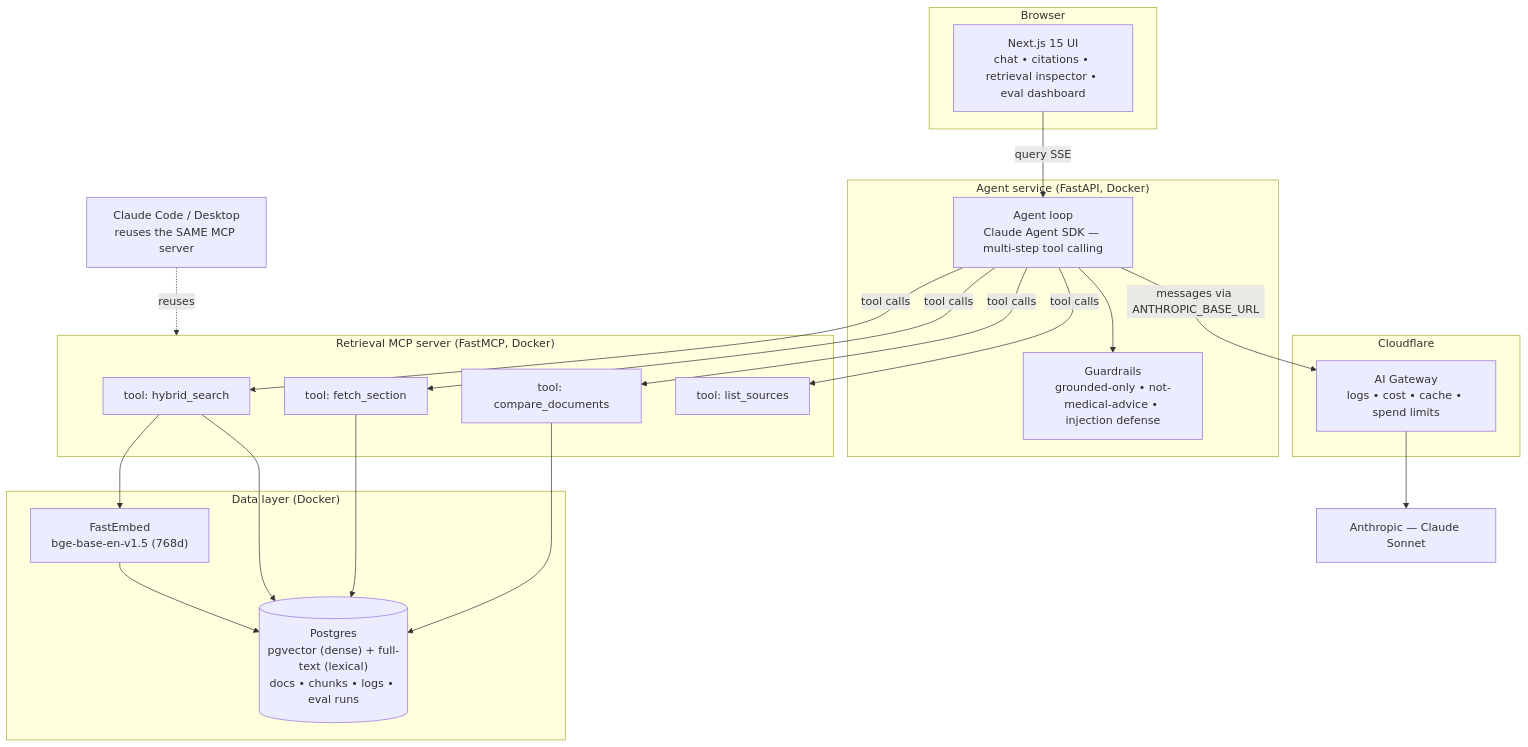
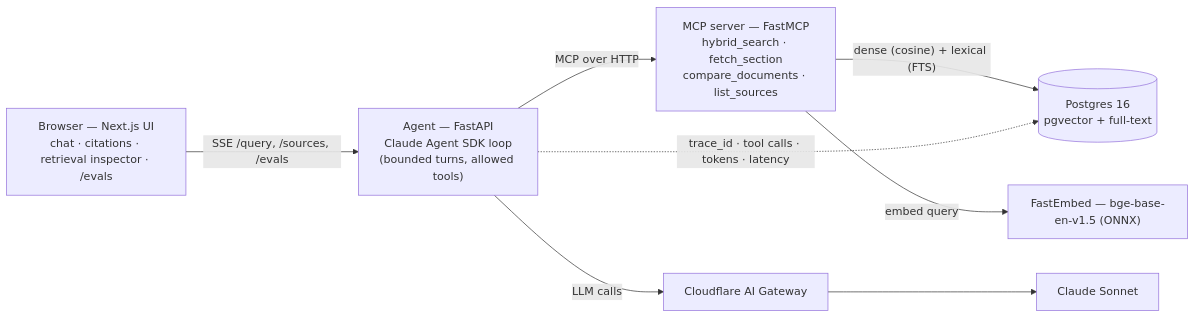
The diagram in README.md (dimitrisvard/health-docs-agent), drawn with Mermaid before and after one commit. The commit also changed other lines of this file, not shown here.

Commit message:
docs: complete README (setup, architecture + data schema, RAG decisions, evals, productionizing)

````diff
--- a/README.md
+++ b/README.md
@@ -21,37 +47,17 @@
 ```mermaid
-flowchart TB
-    subgraph Client["Browser"]
-        UI["Next.js 15 UI<br/>chat • citations • retrieval inspector • eval dashboard"]
-    end
-    subgraph AgentSvc["Agent service (FastAPI, Docker)"]
-        LOOP["Agent loop<br/>Claude Agent SDK — multi-step tool calling"]
-        GRD["Guardrails<br/>grounded-only • not-medical-advice • injection defense"]
-    end
-    subgraph MCPSvc["Retrieval MCP server (FastMCP, Docker)"]
-        T1["tool: hybrid_search"]
-        T2["tool: fetch_section"]
-        T3["tool: compare_documents"]
-        T4["tool: list_sources"]
-    end
-    subgraph Data["Data layer (Docker)"]
-        PG[("Postgres<br/>pgvector (dense) + full-text (lexical)<br/>docs • chunks • logs • eval runs")]
-        EMB["FastEmbed<br/>bge-base-en-v1.5 (768d)"]
-    end
-    subgraph Edge["Cloudflare"]
-        AIG["AI Gateway<br/>logs • cost • cache • spend limits"]
-    end
-    LLM["Anthropic — Claude Sonnet"]
-    CC["Claude Code / Desktop<br/>reuses the SAME MCP server"]
+flowchart LR
+  U["Browser — Next.js UI<br/>chat · citations · retrieval inspector · /evals"]
+  A["Agent — FastAPI<br/>Claude Agent SDK loop<br/>(bounded turns, allowed tools)"]
+  M["MCP server — FastMCP<br/>hybrid_search · fetch_section<br/>compare_documents · list_sources"]
+  G["Cloudflare AI Gateway"]
+  L["Claude Sonnet"]
+  E["FastEmbed — bge-base-en-v1.5 (ONNX)"]
+  D[("Postgres 16<br/>pgvector + full-text")]
 
-    UI -->|query SSE| LOOP
-    LOOP -->|tool calls| T1 & T2 & T3 & T4
-    T1 --> EMB
-    EMB --> PG
-    T1 --> PG
-    T2 --> PG
-    T3 --> PG
-    LOOP --> GRD
-    LOOP -->|messages via ANTHROPIC_BASE_URL| AIG
-    AIG --> LLM
-    CC -.reuses.-> MCPSvc
+  U -->|"SSE /query, /sources, /evals"| A
+  A -->|"MCP over HTTP"| M
+  A -->|"LLM calls"| G --> L
+  M -->|"dense (cosine) + lexical (FTS)"| D
+  M -->|"embed query"| E
+  A -.->|"trace_id · tool calls · tokens · latency"| D
 ```
````
